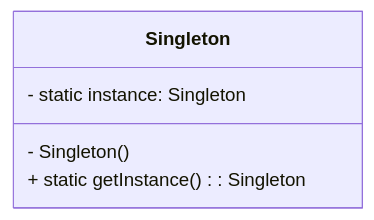
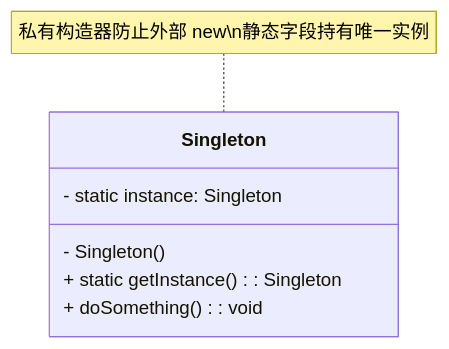
One commit to tghrxxxyyy/knowledge-base changed the diagram in 设计模式/创建型/单例模式.md. Above: the diagram before and after it, drawn with Mermaid. The commit also changed other lines of this file and 101 other files, not shown here.

````diff
--- a/设计模式/创建型/单例模式.md
+++ b/设计模式/创建型/单例模式.md
@@ -10,8 +36,10 @@
 ```mermaid
 classDiagram
     class Singleton {
         - static instance: Singleton
         - Singleton()
         + static getInstance(): Singleton
+        + doSomething(): void
     }
+    note for Singleton "私有构造器防止外部 new\n静态字段持有唯一实例"
 ```
````
